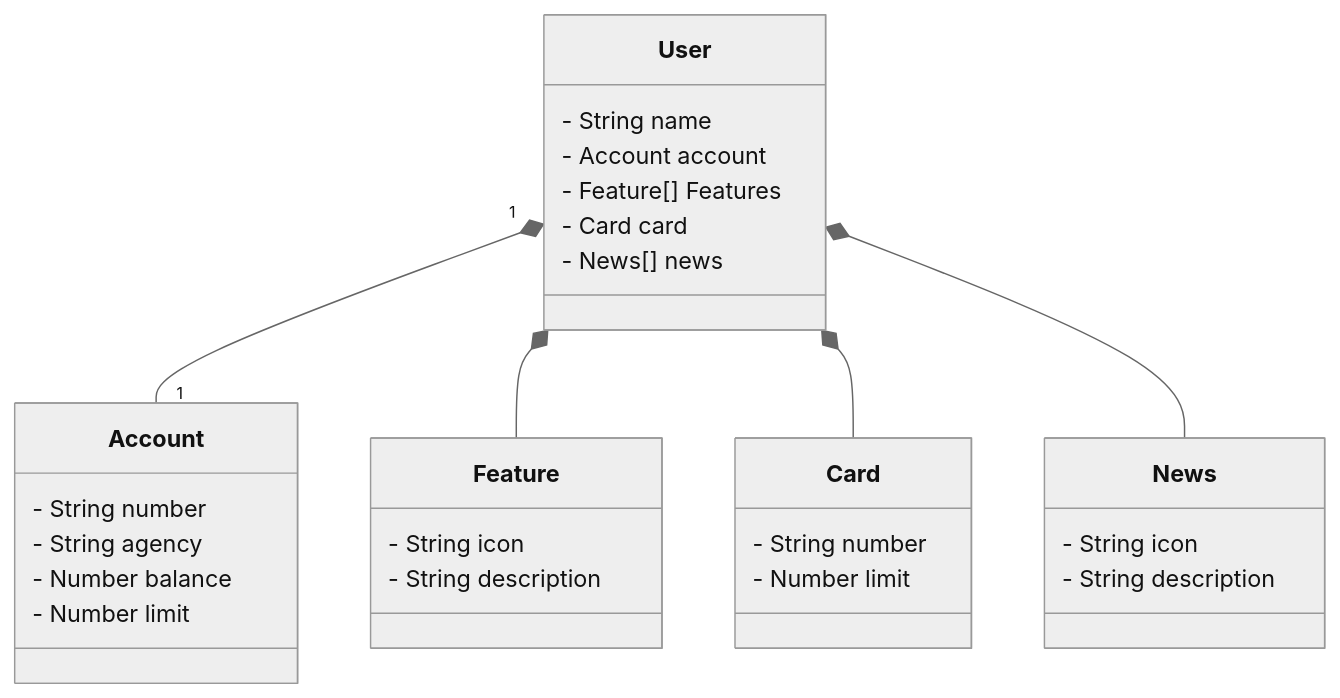
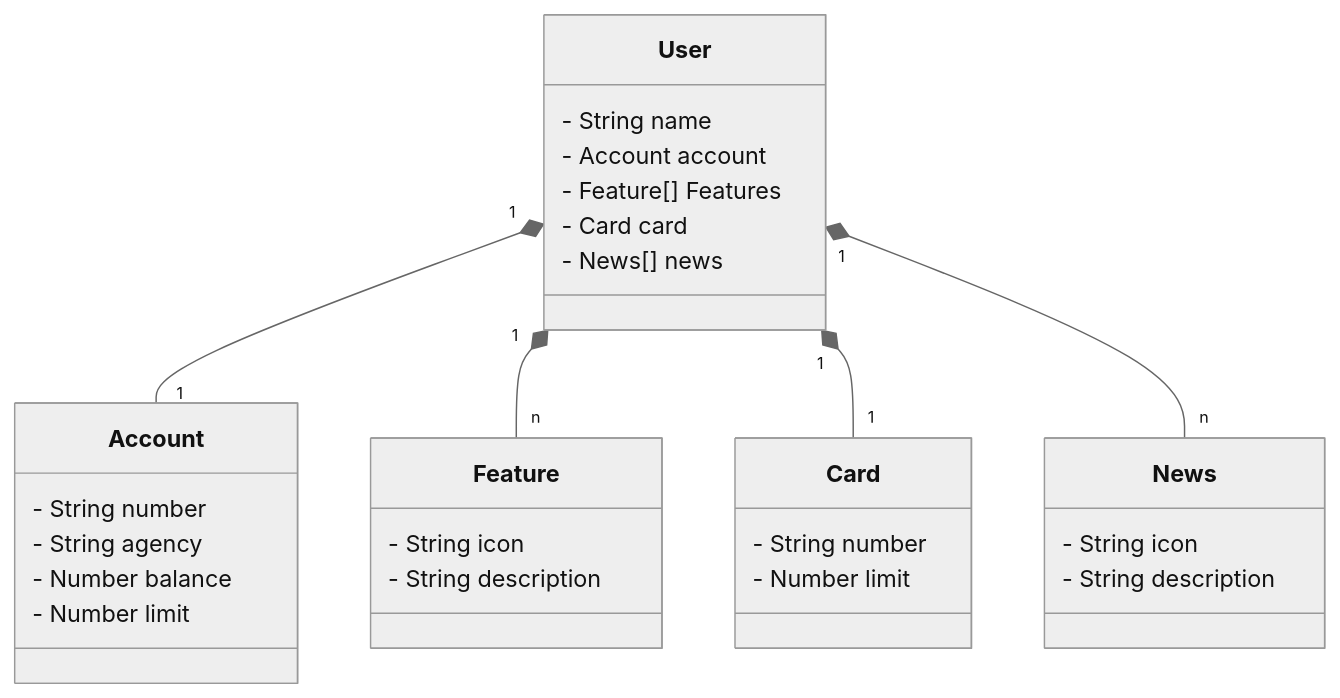
One commit to raqlsmelo/dio-trilha-java-basico changed the diagram in santander-dev-week-2023/README.md. Above: the diagram before and after it, drawn with Mermaid (neutral theme).

````diff
--- a/santander-dev-week-2023/README.md
+++ b/santander-dev-week-2023/README.md
@@ -8,37 +8,37 @@
 ```mermaid
 classDiagram
   class User {
     - String name
     - Account account
     - Feature[] Features
     - Card card
     - News[] news 
   }
 
   class Account {
     - String number
     - String agency
     - Number balance
     - Number limit
   }
 
   class Feature {
     - String icon 
     - String description
   }
 
   class Card {
     - String number
     - Number limit
   }
 
   class News {
     - String icon
     - String description
   }
 
   User "1" *-- "1" Account
-  User *-- Feature
-  User *-- Card
-  User *-- News
+  User "1" *-- "n" Feature
+  User "1" *-- "1" Card
+  User "1" *-- "n" News
 ```
````
